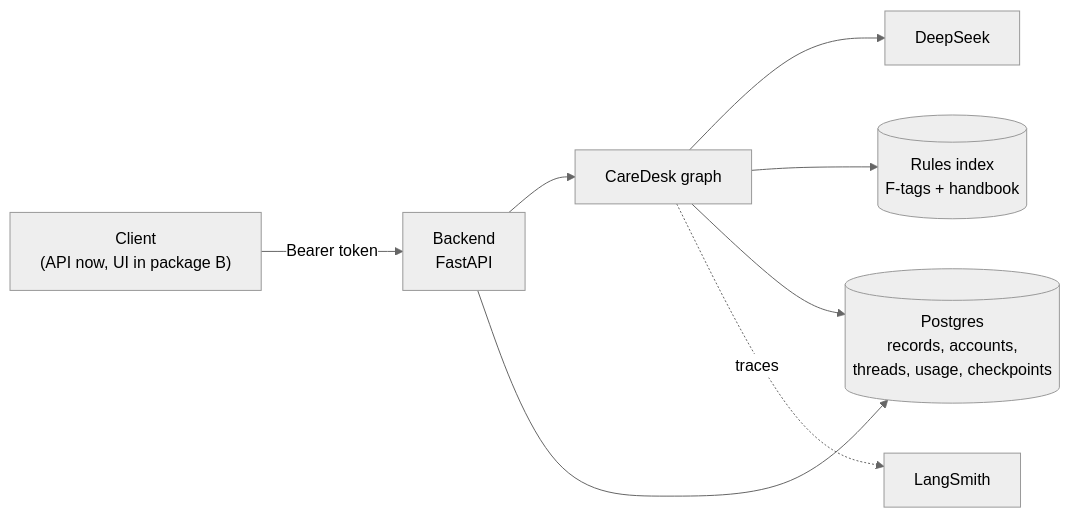
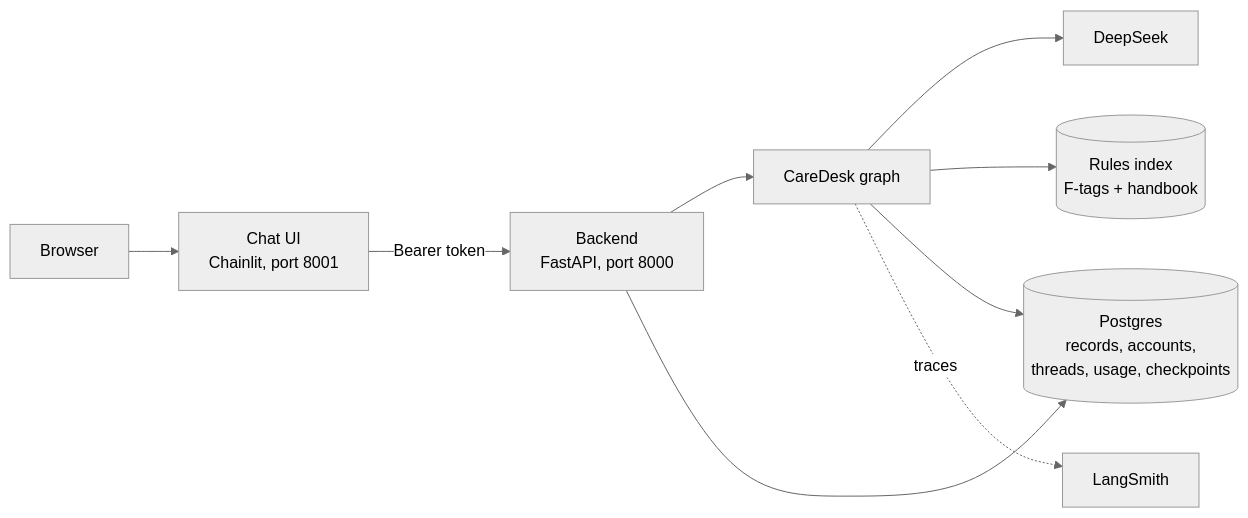
One commit to rozi-bb/caredesk changed the first of 2 diagrams in docs/architecture.md. Above: the diagram before and after it, drawn with Mermaid (neutral theme). The commit also changed other lines of this file and 22 other files, not shown here.

First line of the commit message:
Paket B rilis 2: UI chat Chainlit sebagai klien backend

````diff
--- a/docs/architecture.md
+++ b/docs/architecture.md
@@ -15,10 +15,11 @@
 ```mermaid
 flowchart LR
-    C["Client<br/>(API now, UI in package B)"] -->|"Bearer token"| B["Backend<br/>FastAPI"]
+    U["Browser"] --> C["Chat UI<br/>Chainlit, port 8001"]
+    C -->|"Bearer token"| B["Backend<br/>FastAPI, port 8000"]
     B --> G["CareDesk graph"]
     G --> M["DeepSeek"]
     G --> V[("Rules index<br/>F-tags + handbook")]
     B --> PG[("Postgres<br/>records, accounts,<br/>threads, usage, checkpoints")]
     G --> PG
     G -. traces .-> L["LangSmith"]
 ```
````
